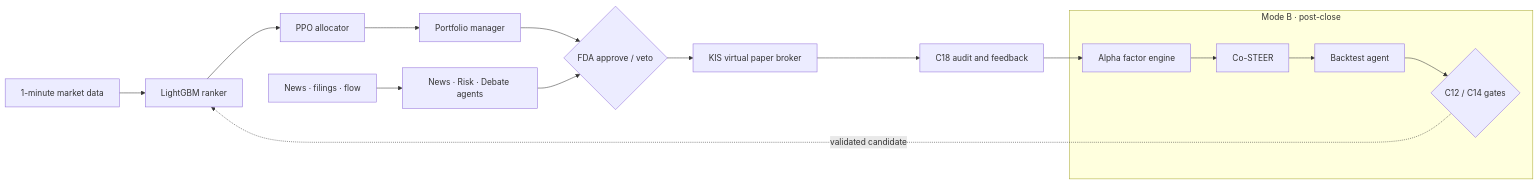
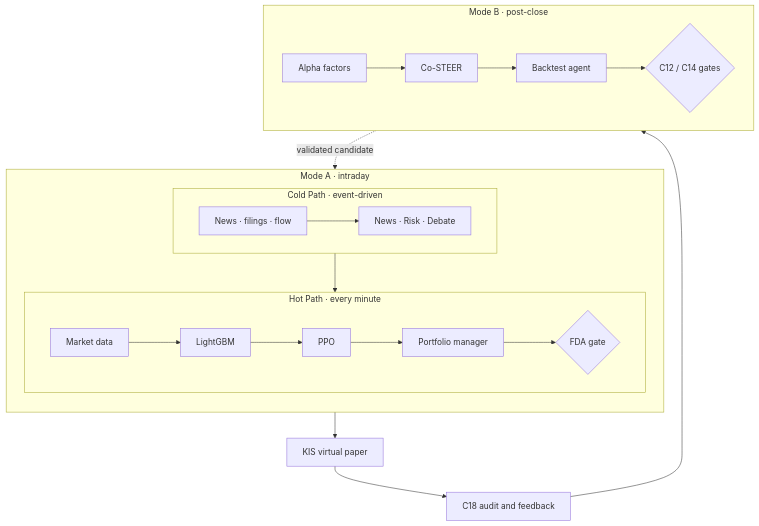
One commit to Jang1J/Flephant changed the diagram in README.md. Above: the diagram before and after it, drawn with Mermaid.

Commit message:
docs: improve architecture readability

````diff
--- a/README.md
+++ b/README.md
@@ -33,21 +33,24 @@
 ```mermaid
-flowchart LR
-    Market["1-minute market data"] --> Ranker["LightGBM ranker"]
-    Ranker --> PPO["PPO allocator"]
-    PPO --> PM["Portfolio manager"]
+flowchart TB
+    subgraph ModeA["Mode A · intraday"]
+        direction TB
+        subgraph Hot["Hot Path · every minute"]
+            direction LR
+            Market["Market data"] --> Ranker["LightGBM"] --> PPO["PPO"] --> PM["Portfolio manager"] --> FDA{"FDA gate"}
+        end
+        subgraph ColdPath["Cold Path · event-driven"]
+            direction LR
+            Events["News · filings · flow"] --> Cold["News · Risk · Debate"] --> FDA
+        end
+    end
 
-    Events["News · filings · flow"] --> Cold["News · Risk · Debate agents"]
-    PM --> FDA{"FDA approve / veto"}
-    Cold --> FDA
-    FDA --> Paper["KIS virtual paper broker"]
-    Paper --> Audit["C18 audit and feedback"]
+    FDA --> Paper["KIS virtual paper"] --> Audit["C18 audit and feedback"]
 
     subgraph ModeB["Mode B · post-close"]
-        Factors["Alpha factor engine"] --> CoSTEER["Co-STEER"]
-        CoSTEER --> Backtest["Backtest agent"]
-        Backtest --> Gate{"C12 / C14 gates"}
+        direction LR
+        Factors["Alpha factors"] --> CoSTEER["Co-STEER"] --> Backtest["Backtest agent"] --> Gate{"C12 / C14 gates"}
     end
 
     Audit --> Factors
     Gate -. "validated candidate" .-> Ranker
 ```
````
